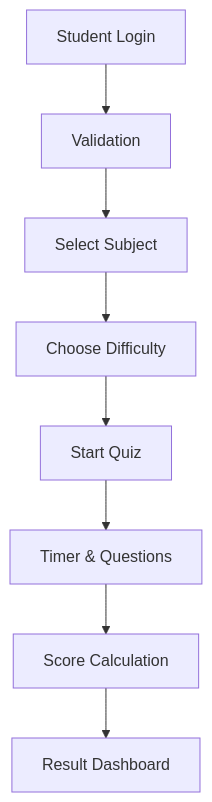
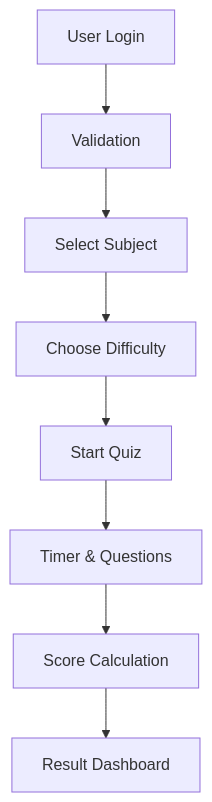
The diagram in README.md (Tejashwini-S-Patil/QUIZ-CHALLENGE), drawn with Mermaid before and after one commit. The commit also changed other lines of this file, not shown here.

`````diff
--- a/README.md
+++ b/README.md
@@ -107,11 +104,11 @@
 ```mermaid
 graph TD
 
-A[Student Login] --> B[Validation]
+A[User Login] --> B[Validation]
 B --> C[Select Subject]
 C --> D[Choose Difficulty]
 D --> E[Start Quiz]
 E --> F[Timer & Questions]
 F --> G[Score Calculation]
 G --> H[Result Dashboard]
-````
+```
`````
